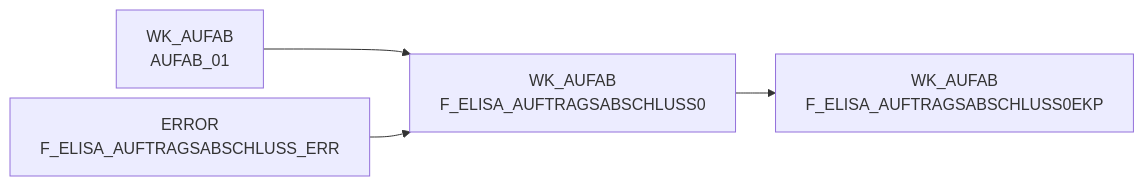
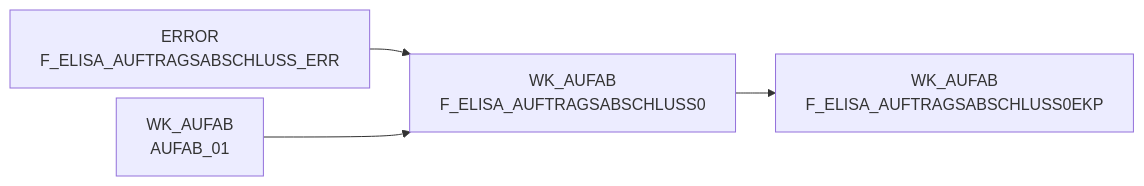
Before and after one commit to integration-factory-de/sas_code_docs: the diagram in docs/Tables/WK_AUFAB/F_ELISA_AUFTRAGSABSCHLUSS0.md, drawn with Mermaid. The commit also changed other lines of this file and 129 other files, not shown here.

````diff
--- a/docs/Tables/WK_AUFAB/F_ELISA_AUFTRAGSABSCHLUSS0.md
+++ b/docs/Tables/WK_AUFAB/F_ELISA_AUFTRAGSABSCHLUSS0.md
@@ -9,15 +17,15 @@
 ```mermaid
 %%{init: {'flowchart': { 'nodeSpacing': 10, 'rankSpacing': 40, 'rankdir': 'TB' }}}%%
 
 flowchart LR
 
+  ERROR.F_ELISA_AUFTRAGSABSCHLUSS_ERR["ERROR<br/>F_ELISA_AUFTRAGSABSCHLUSS_ERR"] --> WK_AUFAB.F_ELISA_AUFTRAGSABSCHLUSS0["WK_AUFAB<br/>F_ELISA_AUFTRAGSABSCHLUSS0"]
   WK_AUFAB.AUFAB_01["WK_AUFAB<br/>AUFAB_01"] --> WK_AUFAB.F_ELISA_AUFTRAGSABSCHLUSS0["WK_AUFAB<br/>F_ELISA_AUFTRAGSABSCHLUSS0"]
-  ERROR.F_ELISA_AUFTRAGSABSCHLUSS_ERR["ERROR<br/>F_ELISA_AUFTRAGSABSCHLUSS_ERR"] --> WK_AUFAB.F_ELISA_AUFTRAGSABSCHLUSS0["WK_AUFAB<br/>F_ELISA_AUFTRAGSABSCHLUSS0"]
   WK_AUFAB.F_ELISA_AUFTRAGSABSCHLUSS0["WK_AUFAB<br/>F_ELISA_AUFTRAGSABSCHLUSS0"] --> WK_AUFAB.F_ELISA_AUFTRAGSABSCHLUSS0EKP["WK_AUFAB<br/>F_ELISA_AUFTRAGSABSCHLUSS0EKP"]
+  click ERROR.F_ELISA_AUFTRAGSABSCHLUSS_ERR "../../tables/ERROR/F_ELISA_AUFTRAGSABSCHLUSS_ERR"
   click WK_AUFAB.AUFAB_01 "../../tables/WK_AUFAB/AUFAB_01"
-  click ERROR.F_ELISA_AUFTRAGSABSCHLUSS_ERR "../../tables/ERROR/F_ELISA_AUFTRAGSABSCHLUSS_ERR"
   click WK_AUFAB.F_ELISA_AUFTRAGSABSCHLUSS0 "../../tables/WK_AUFAB/F_ELISA_AUFTRAGSABSCHLUSS0"
   click WK_AUFAB.F_ELISA_AUFTRAGSABSCHLUSS0 "../../tables/WK_AUFAB/F_ELISA_AUFTRAGSABSCHLUSS0"
   click WK_AUFAB.F_ELISA_AUFTRAGSABSCHLUSS0 "../../tables/WK_AUFAB/F_ELISA_AUFTRAGSABSCHLUSS0"
   click WK_AUFAB.F_ELISA_AUFTRAGSABSCHLUSS0EKP "../../tables/WK_AUFAB/F_ELISA_AUFTRAGSABSCHLUSS0EKP"
 ```
````
